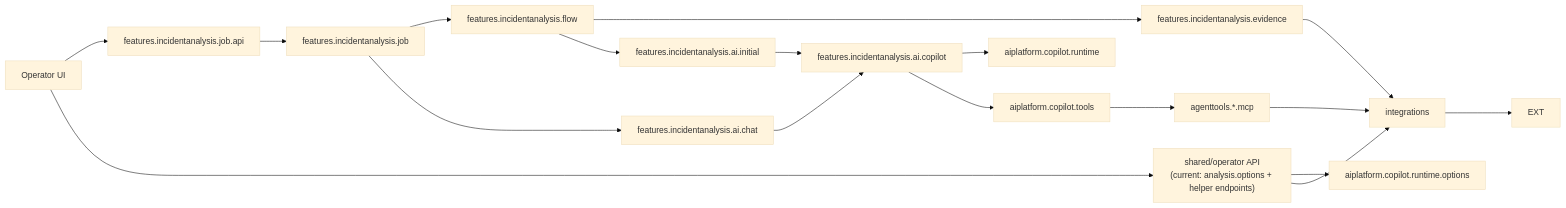
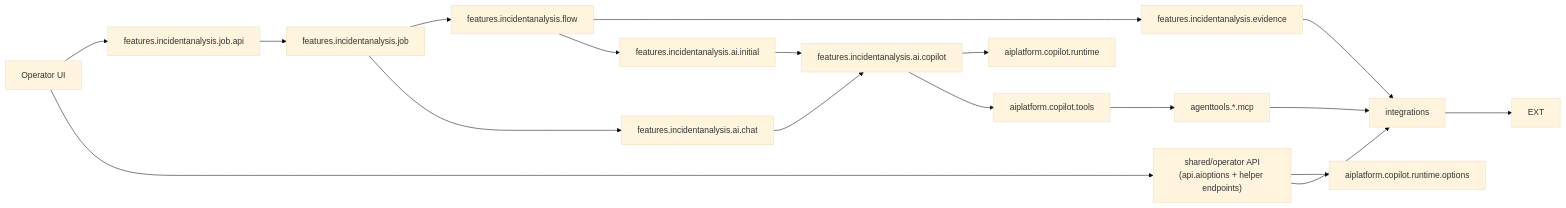
Before and after one commit to herald-assistant/incident-tracker: the first of 2 diagrams in docs/architecture/05-package-dependencies.md, drawn with Mermaid (base theme). The commit also changed other lines of this file and 35 other files, not shown here.

Commit message:
Split shared AI options API

````diff
--- a/docs/architecture/05-package-dependencies.md
+++ b/docs/architecture/05-package-dependencies.md
@@ -100,24 +99,24 @@
 ```mermaid
 flowchart LR
     OP["Operator UI"] --> JOBAPI["features.incidentanalysis.job.api"]
-    OP --> SHAREDAPI["shared/operator API\n(current: analysis.options + helper endpoints)"]
+    OP --> SHAREDAPI["shared/operator API\n(api.aioptions + helper endpoints)"]
     JOBAPI --> JOB["features.incidentanalysis.job"]
     JOB --> FLOW["features.incidentanalysis.flow"]
 
     FLOW --> EVIDENCE["features.incidentanalysis.evidence"]
     EVIDENCE --> INTEGRATIONS["integrations"]
     INTEGRATIONS --> EXT
 
     FLOW --> INITIAL["features.incidentanalysis.ai.initial"]
     INITIAL --> INCIDENTCOPILOT["features.incidentanalysis.ai.copilot"]
     INCIDENTCOPILOT --> AIPLATFORM["aiplatform.copilot.runtime"]
     INCIDENTCOPILOT --> TOOLS["aiplatform.copilot.tools"]
     TOOLS --> MCP["agenttools.*.mcp"]
     MCP --> INTEGRATIONS
 
     JOB --> CHAT
     CHAT["features.incidentanalysis.ai.chat"] --> INCIDENTCOPILOT
 
     SHAREDAPI --> PLATFORMOPTIONS["aiplatform.copilot.runtime.options"]
     SHAREDAPI --> INTEGRATIONS
 ```
````
